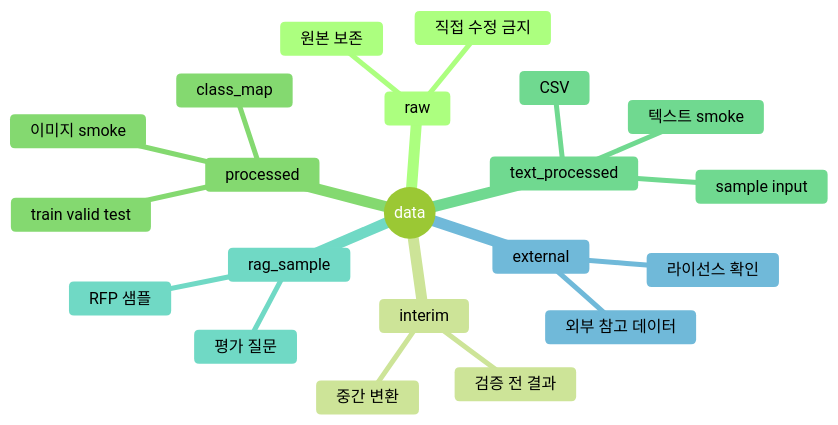
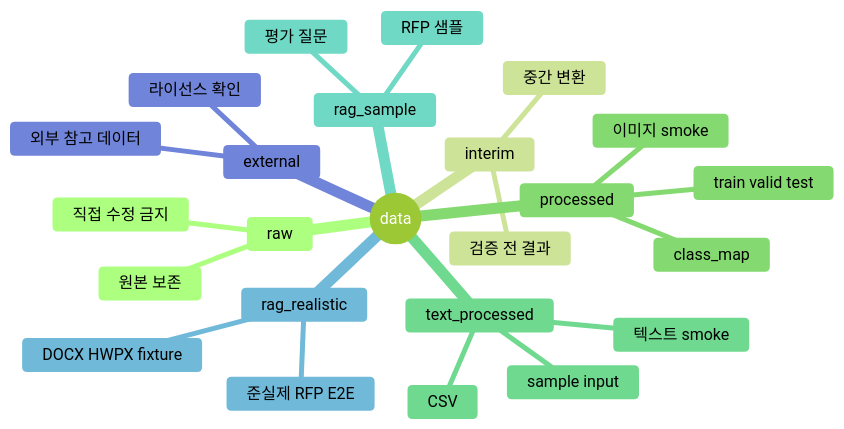
The diagram in data/README.md (Codeit-Part3-6Team/Codeit-Part3-6Team-Project), drawn with Mermaid (forest theme) before and after one commit. The commit also changed other lines of this file and 9 other files, not shown here.

Commit message:
[test] 준실제 RFP 문서 E2E 검증 추가

````diff
--- a/data/README.md
+++ b/data/README.md
@@ -7,24 +7,27 @@
 ```mermaid
 mindmap
   root((data))
     raw
       원본 보존
       직접 수정 금지
     interim
       중간 변환
       검증 전 결과
     processed
       이미지 smoke
       train valid test
       class_map
     text_processed
       텍스트 smoke
       CSV
       sample input
     rag_sample
       RFP 샘플
       평가 질문
+    rag_realistic
+      DOCX HWPX fixture
+      준실제 RFP E2E
     external
       외부 참고 데이터
       라이선스 확인
 ```
````
